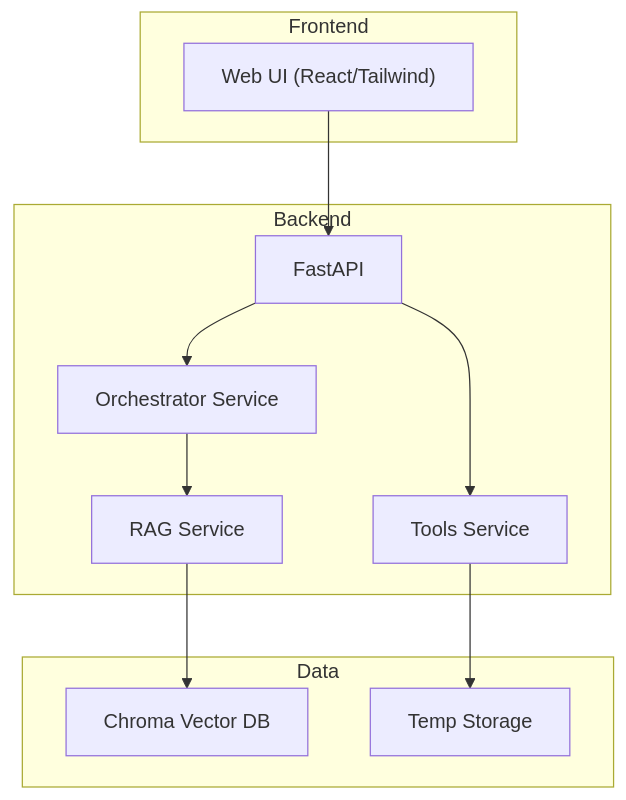
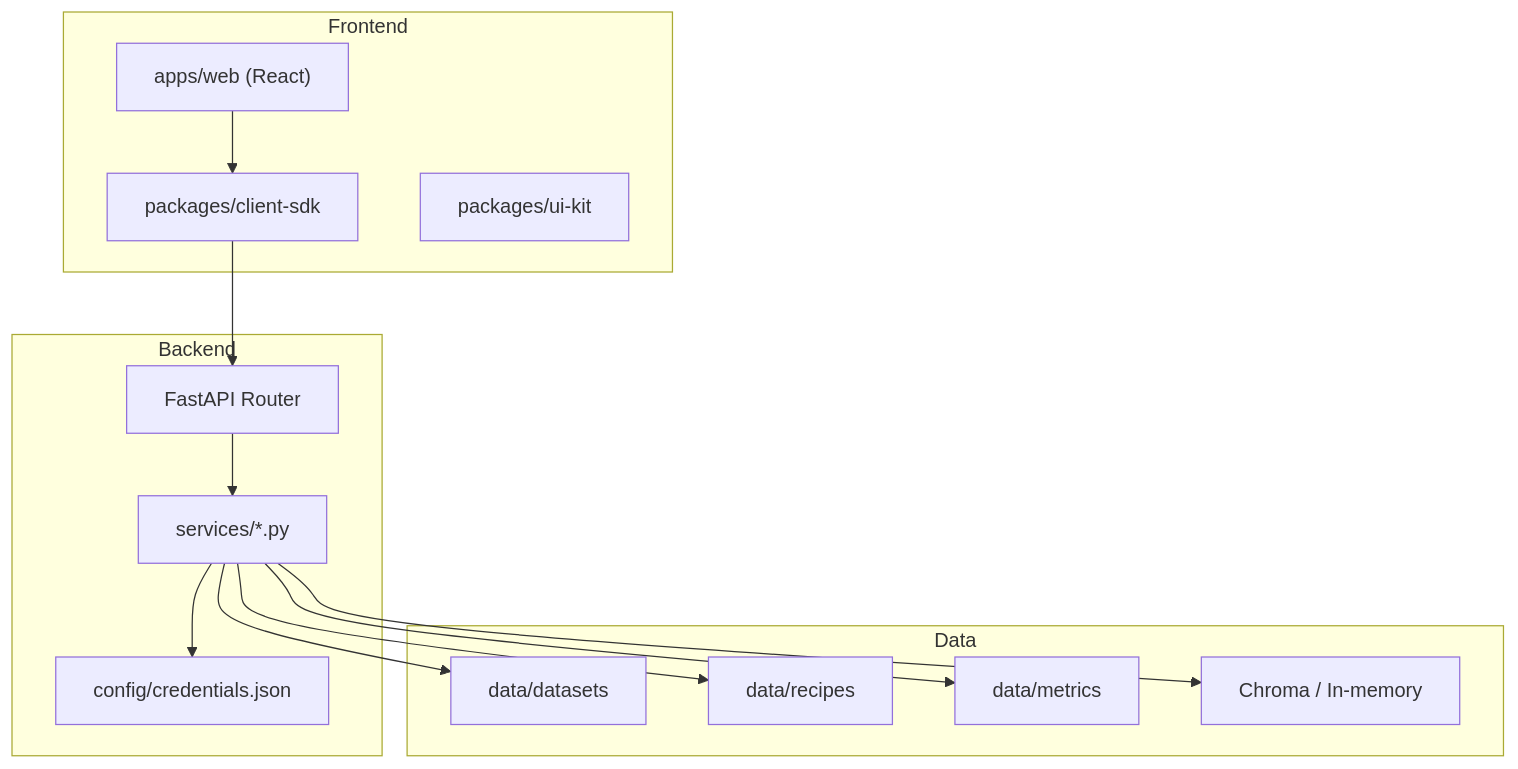
Before and after one commit to youkawa/AutoEDA: the second of 3 diagrams in docs/design.md, drawn with Mermaid. The commit also changed other lines of this file and 89 other files, not shown here.

````diff
--- a/docs/design.md
+++ b/docs/design.md
@@ -91,22 +66,27 @@
 ```mermaid
-flowchart TB
+graph TB
   subgraph Frontend
-    FE["Web UI (React/Tailwind)"]
+    FE["apps/web (React)"]
+    SDK["packages/client-sdk"]
+    UIKIT["packages/ui-kit"]
   end
   subgraph Backend
-    API["FastAPI"]
-    ORCH["Orchestrator Service"]
-    TOOLS["Tools Service"]
-    RAG["RAG Service"]
+    API["FastAPI Router"]
+    SRV["services/*.py"]
+    CFG["config/credentials.json"]
   end
   subgraph Data
-    CHROMA["Chroma Vector DB"]
-    TMP["Temp Storage"]
+    DS["data/datasets"]
+    REC["data/recipes"]
+    MET["data/metrics"]
+    RAG["Chroma / In-memory"]
   end
-  FE --> API
-  API --> ORCH
-  API --> TOOLS
-  ORCH --> RAG
-  RAG --> CHROMA
-  TOOLS --> TMP
+  FE --> SDK
+  SDK --> API
+  API --> SRV
+  SRV --> DS
+  SRV --> REC
+  SRV --> MET
+  SRV --> RAG
+  SRV --> CFG
 ```
````
